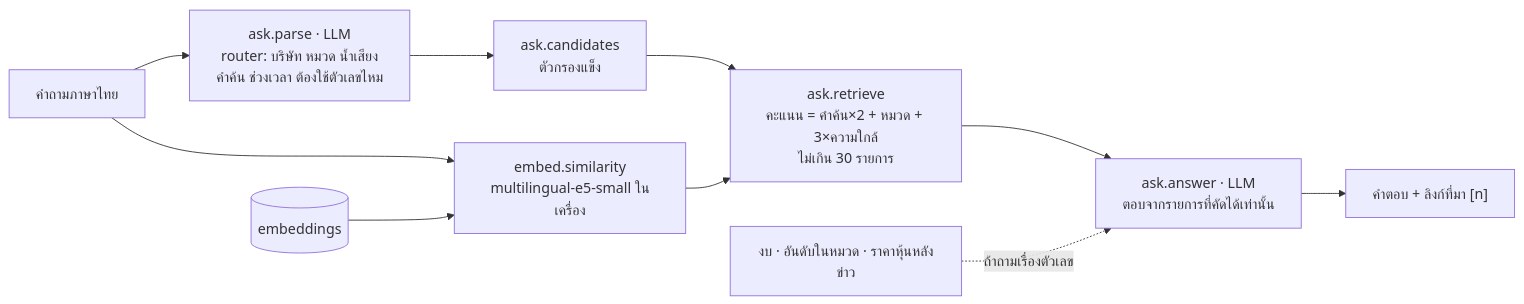
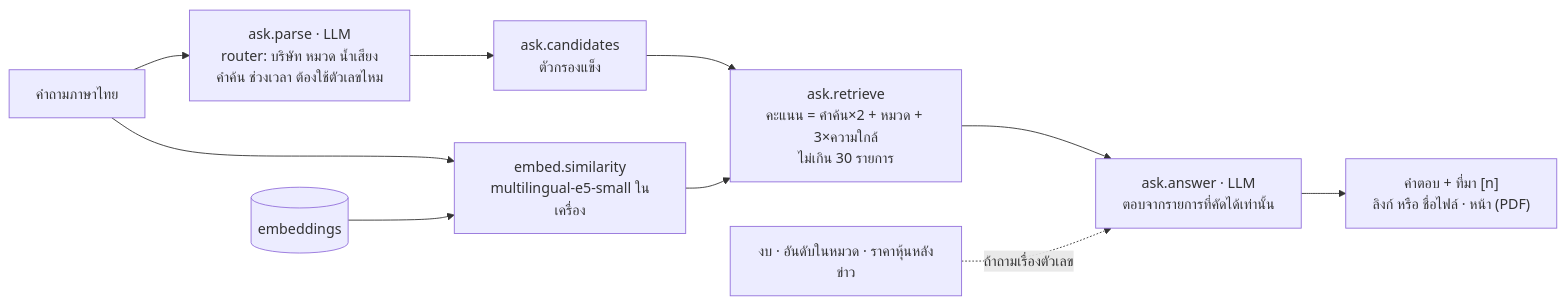
Before and after one commit to pepegummo/competitor-mockup: the second of 2 diagrams in docs/architecture.md, drawn with Mermaid. The commit also changed other lines of this file and 3 other files, not shown here.

Commit message:
Docs: PDF upload and OCR (setup, usage, architecture, cloud deploy)

````diff
--- a/docs/architecture.md
+++ b/docs/architecture.md
@@ -67,12 +73,12 @@
 ```mermaid
 flowchart LR
     Q["คำถามภาษาไทย"] --> P["ask.parse · LLM<br/>router: บริษัท หมวด น้ำเสียง<br/>คำค้น ช่วงเวลา ต้องใช้ตัวเลขไหม"]
     P --> C["ask.candidates<br/>ตัวกรองแข็ง"]
     Q --> E["embed.similarity<br/>multilingual-e5-small ในเครื่อง"]
     VEC[("embeddings")] --> E
     C --> R["ask.retrieve<br/>คะแนน = คำค้น×2 + หมวด + 3×ความใกล้<br/>ไม่เกิน 30 รายการ"]
     E --> R
     R --> A["ask.answer · LLM<br/>ตอบจากรายการที่คัดได้เท่านั้น"]
     N["งบ · อันดับในหมวด · ราคาหุ้นหลังข่าว"] -.->|ถ้าถามเรื่องตัวเลข| A
-    A --> OUT["คำตอบ + ลิงก์ที่มา [n]"]
+    A --> OUT["คำตอบ + ที่มา [n]<br/>ลิงก์ หรือ ชื่อไฟล์ · หน้า (PDF)"]
 ```
````
